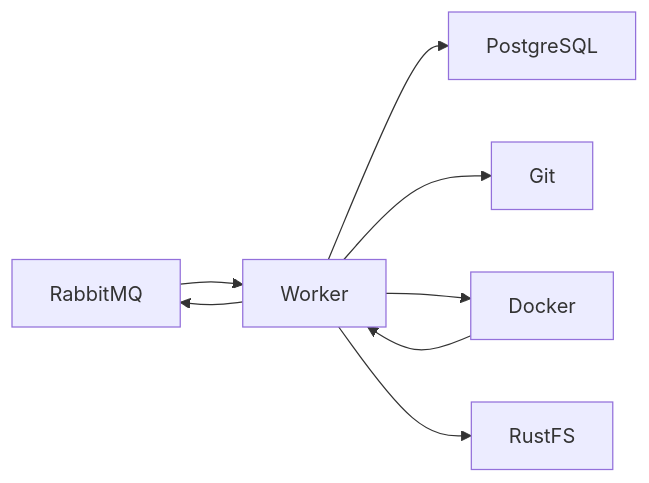
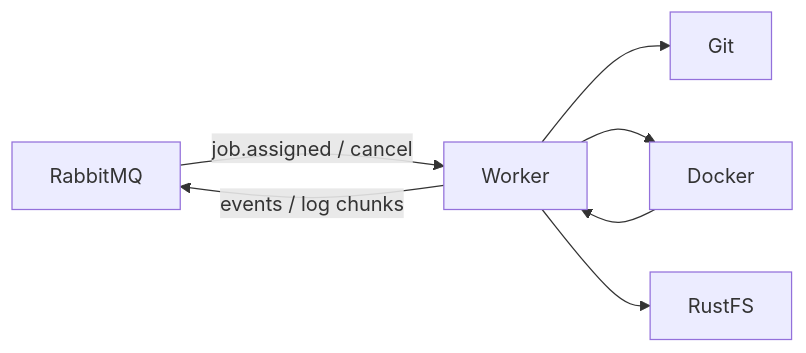
Before and after one commit to Rustkins-Project/RustkinsDocs: the first of 3 diagrams in docs/architecture/components/worker/09-worker-architecture.md, drawn with Mermaid. The commit also changed other lines of this file and 13 other files, not shown here.

First line of the commit message:
docs(architecture): workers communicate only with the scheduler

````diff
--- a/docs/architecture/components/worker/09-worker-architecture.md
+++ b/docs/architecture/components/worker/09-worker-architecture.md
@@ -65,11 +67,10 @@
 ``` mermaid
 flowchart LR
 
-RabbitMQ --> Worker
-Worker --> PostgreSQL
+RabbitMQ -->|job.assigned / cancel| Worker
+Worker -->|events / log chunks| RabbitMQ
 Worker --> Git
 Worker --> Docker
 Docker --> Worker
 Worker --> RustFS
-Worker --> RabbitMQ
 ```
````
